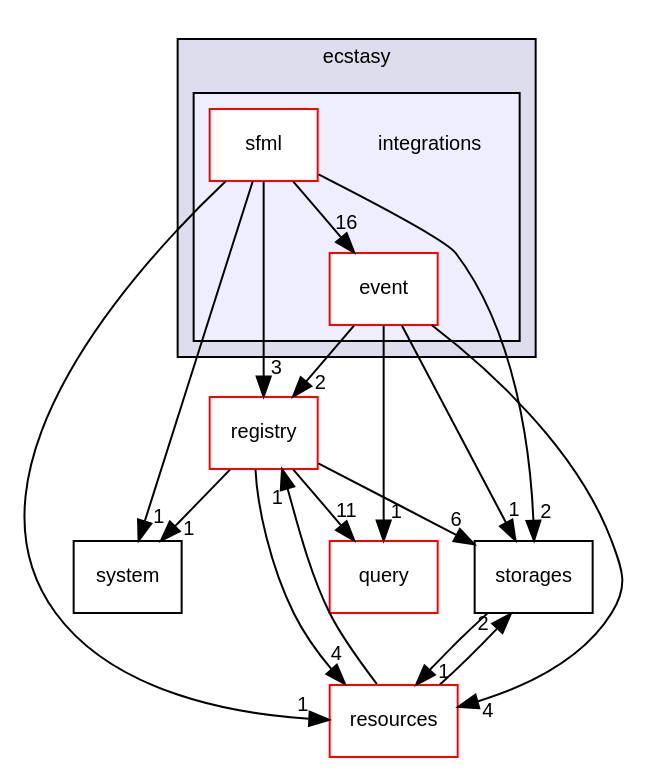
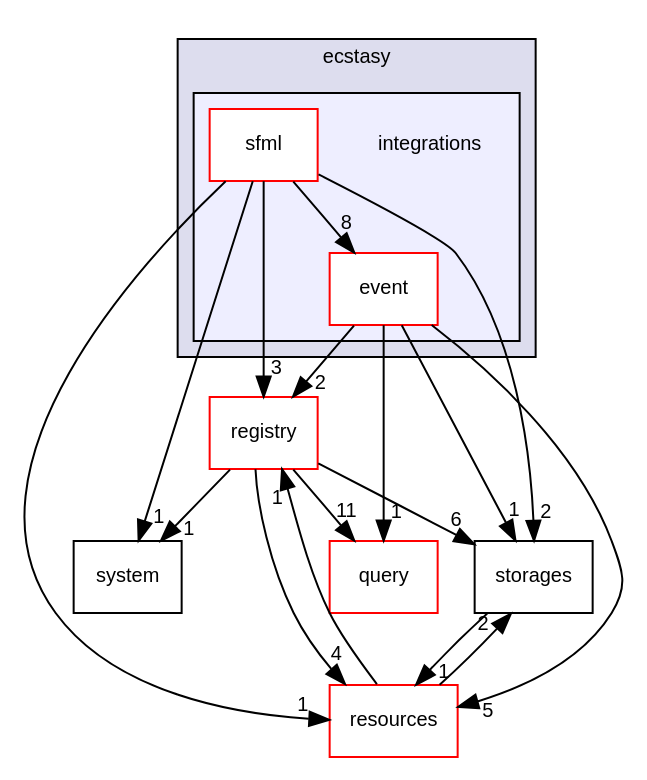
Before and after one commit to AndreasLrx/ecstasy: the diagram in dir_f15917d6366dfa96c32563b53409824a_dep.dot, drawn with Graphviz. The commit also changed 469 other files, not shown here.

```diff
--- a/dir_f15917d6366dfa96c32563b53409824a_dep.dot
+++ b/dir_f15917d6366dfa96c32563b53409824a_dep.dot
@@ -1,35 +1,35 @@
 digraph "src/ecstasy/integrations" {
   compound=true
   node [ fontsize="10", fontname="Helvetica"];
   edge [ labelfontsize="10", labelfontname="Helvetica"];
   subgraph clusterdir_6b0b9537e2784bce85aaa1605580a3a0 {
     graph [ bgcolor="#ddddee", pencolor="black", label="ecstasy" fontname="Helvetica", fontsize="10", URL="dir_6b0b9537e2784bce85aaa1605580a3a0.html"]
   subgraph clusterdir_f15917d6366dfa96c32563b53409824a {
     graph [ bgcolor="#eeeeff", pencolor="black", label="" URL="dir_f15917d6366dfa96c32563b53409824a.html"];
     dir_f15917d6366dfa96c32563b53409824a [shape=plaintext label="integrations"];
     dir_183c73d974247df0fabaedf6b9eb94ef [shape=box label="event" color="red" fillcolor="white" style="filled" URL="dir_183c73d974247df0fabaedf6b9eb94ef.html"];
     dir_51c06735119cb26e5f04dc30c3de2d57 [shape=box label="sfml" color="red" fillcolor="white" style="filled" URL="dir_51c06735119cb26e5f04dc30c3de2d57.html"];
   }
   }
   dir_bb1f71bfffde0d1688dd5f7686f27ec6 [shape=box label="system" URL="dir_bb1f71bfffde0d1688dd5f7686f27ec6.html"];
   dir_5392b01d02c3d4d0985a94f633790057 [shape=box label="query" fillcolor="white" style="filled" color="red" URL="dir_5392b01d02c3d4d0985a94f633790057.html"];
   dir_4a1419ba0e8125a1fc6aeccf1492e850 [shape=box label="storages" URL="dir_4a1419ba0e8125a1fc6aeccf1492e850.html"];
   dir_8c1a170fbd0a5283d7ed264cf6df56b3 [shape=box label="resources" fillcolor="white" style="filled" color="red" URL="dir_8c1a170fbd0a5283d7ed264cf6df56b3.html"];
   dir_27d9dd95bf0309eb27f3bb61fbabadeb [shape=box label="registry" fillcolor="white" style="filled" color="red" URL="dir_27d9dd95bf0309eb27f3bb61fbabadeb.html"];
   dir_4a1419ba0e8125a1fc6aeccf1492e850->dir_8c1a170fbd0a5283d7ed264cf6df56b3 [headlabel="1", labeldistance=1.5 headhref="dir_000019_000017.html"];
   dir_8c1a170fbd0a5283d7ed264cf6df56b3->dir_4a1419ba0e8125a1fc6aeccf1492e850 [headlabel="2", labeldistance=1.5 headhref="dir_000017_000019.html"];
   dir_8c1a170fbd0a5283d7ed264cf6df56b3->dir_27d9dd95bf0309eb27f3bb61fbabadeb [headlabel="1", labeldistance=1.5 headhref="dir_000017_000014.html"];
   dir_27d9dd95bf0309eb27f3bb61fbabadeb->dir_bb1f71bfffde0d1688dd5f7686f27ec6 [headlabel="1", labeldistance=1.5 headhref="dir_000014_000023.html"];
   dir_27d9dd95bf0309eb27f3bb61fbabadeb->dir_5392b01d02c3d4d0985a94f633790057 [headlabel="11", labeldistance=1.5 headhref="dir_000014_000011.html"];
   dir_27d9dd95bf0309eb27f3bb61fbabadeb->dir_4a1419ba0e8125a1fc6aeccf1492e850 [headlabel="6", labeldistance=1.5 headhref="dir_000014_000019.html"];
   dir_27d9dd95bf0309eb27f3bb61fbabadeb->dir_8c1a170fbd0a5283d7ed264cf6df56b3 [headlabel="4", labeldistance=1.5 headhref="dir_000014_000017.html"];
   dir_183c73d974247df0fabaedf6b9eb94ef->dir_5392b01d02c3d4d0985a94f633790057 [headlabel="1", labeldistance=1.5 headhref="dir_000003_000011.html"];
   dir_183c73d974247df0fabaedf6b9eb94ef->dir_4a1419ba0e8125a1fc6aeccf1492e850 [headlabel="1", labeldistance=1.5 headhref="dir_000003_000019.html"];
-  dir_183c73d974247df0fabaedf6b9eb94ef->dir_8c1a170fbd0a5283d7ed264cf6df56b3 [headlabel="4", labeldistance=1.5 headhref="dir_000003_000017.html"];
+  dir_183c73d974247df0fabaedf6b9eb94ef->dir_8c1a170fbd0a5283d7ed264cf6df56b3 [headlabel="5", labeldistance=1.5 headhref="dir_000003_000017.html"];
   dir_183c73d974247df0fabaedf6b9eb94ef->dir_27d9dd95bf0309eb27f3bb61fbabadeb [headlabel="2", labeldistance=1.5 headhref="dir_000003_000014.html"];
   dir_51c06735119cb26e5f04dc30c3de2d57->dir_bb1f71bfffde0d1688dd5f7686f27ec6 [headlabel="1", labeldistance=1.5 headhref="dir_000007_000023.html"];
   dir_51c06735119cb26e5f04dc30c3de2d57->dir_4a1419ba0e8125a1fc6aeccf1492e850 [headlabel="2", labeldistance=1.5 headhref="dir_000007_000019.html"];
   dir_51c06735119cb26e5f04dc30c3de2d57->dir_8c1a170fbd0a5283d7ed264cf6df56b3 [headlabel="1", labeldistance=1.5 headhref="dir_000007_000017.html"];
   dir_51c06735119cb26e5f04dc30c3de2d57->dir_27d9dd95bf0309eb27f3bb61fbabadeb [headlabel="3", labeldistance=1.5 headhref="dir_000007_000014.html"];
-  dir_51c06735119cb26e5f04dc30c3de2d57->dir_183c73d974247df0fabaedf6b9eb94ef [headlabel="16", labeldistance=1.5 headhref="dir_000007_000003.html"];
+  dir_51c06735119cb26e5f04dc30c3de2d57->dir_183c73d974247df0fabaedf6b9eb94ef [headlabel="8", labeldistance=1.5 headhref="dir_000007_000003.html"];
 }
```
